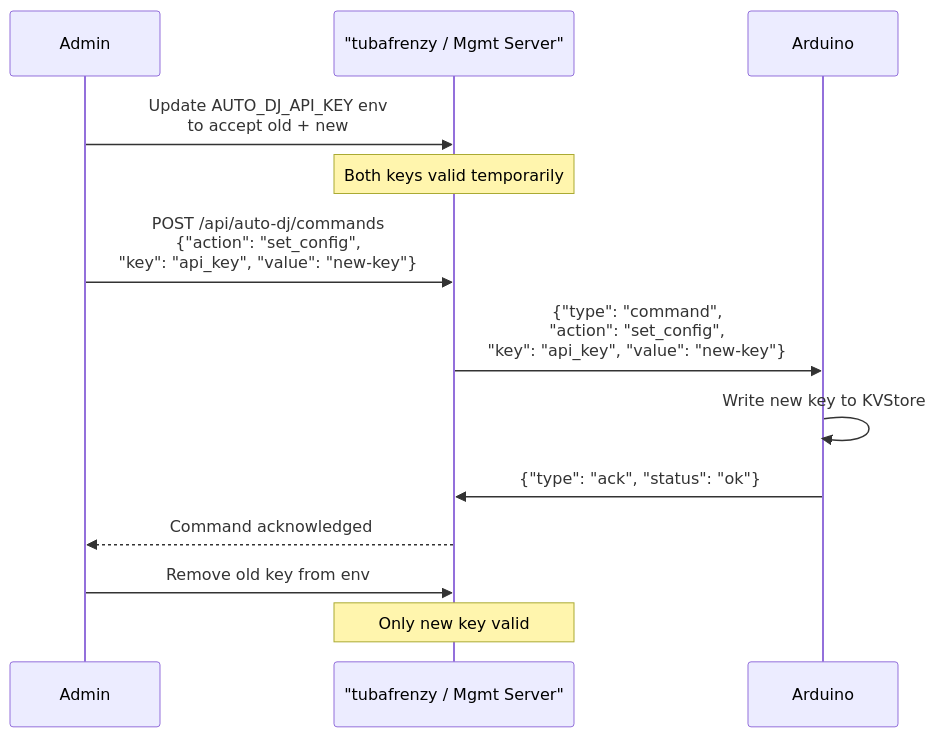
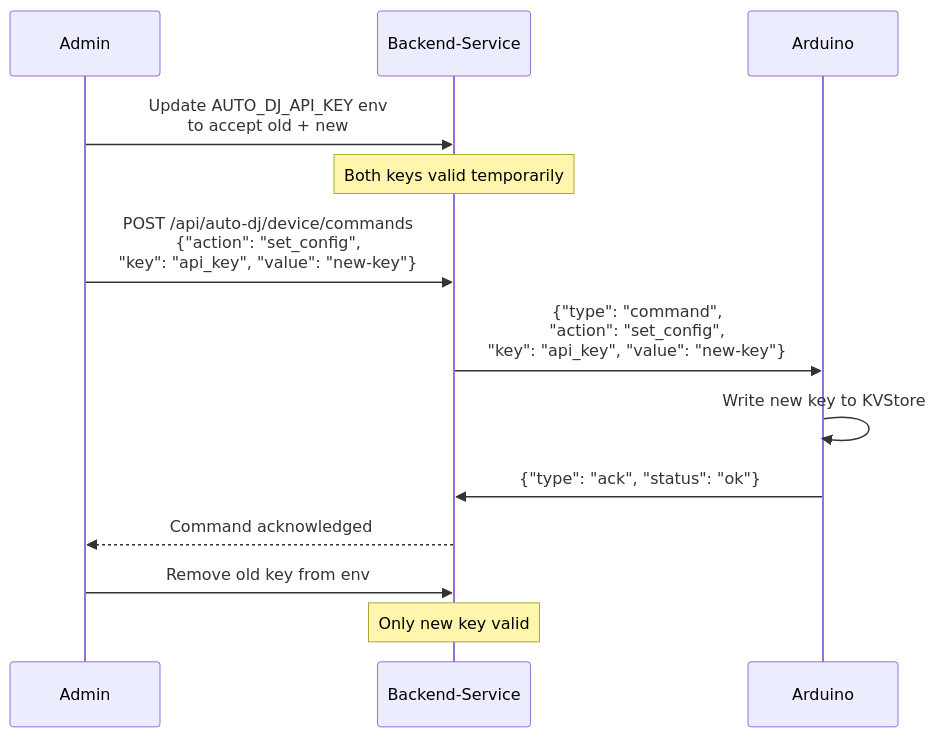
The tenth of 15 diagrams in docs/networking-spec.md (WXYC/auto-dj-arduino-switch), drawn with Mermaid before and after one commit. The commit also changed other lines of this file, not shown here.

First line of the commit message:
Revise networking-spec.md to reflect architecture pivot

````diff
--- a/docs/networking-spec.md
+++ b/docs/networking-spec.md
@@ -1078,18 +1174,18 @@
 ```mermaid
 sequenceDiagram
     participant Admin
-    participant Server as "tubafrenzy / Mgmt Server"
+    participant Server as Backend-Service
     participant Arduino
 
     Admin->>Server: Update AUTO_DJ_API_KEY env<br/>to accept old + new
     Note over Server: Both keys valid temporarily
 
-    Admin->>Server: POST /api/auto-dj/commands<br/>{"action": "set_config",<br/>"key": "api_key", "value": "new-key"}
+    Admin->>Server: POST /api/auto-dj/device/commands<br/>{"action": "set_config",<br/>"key": "api_key", "value": "new-key"}
     Server->>Arduino: {"type": "command",<br/>"action": "set_config",<br/>"key": "api_key", "value": "new-key"}
     Arduino->>Arduino: Write new key to KVStore
     Arduino->>Server: {"type": "ack", "status": "ok"}
     Server-->>Admin: Command acknowledged
 
     Admin->>Server: Remove old key from env
     Note over Server: Only new key valid
 ```
````
